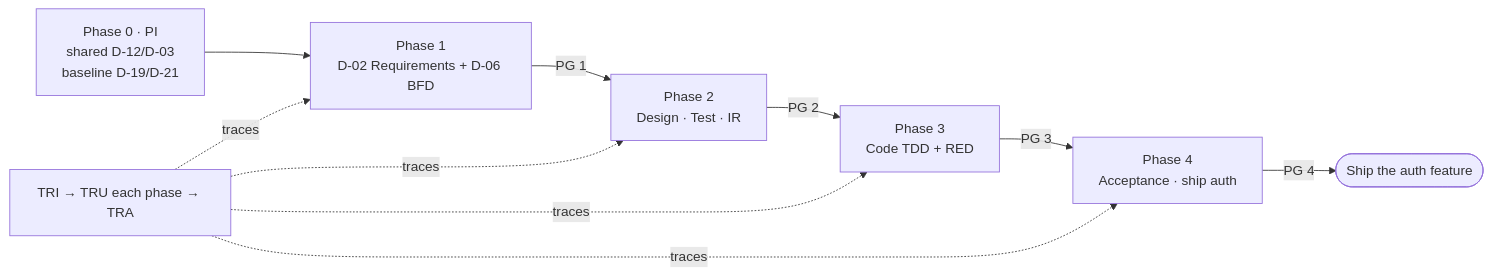
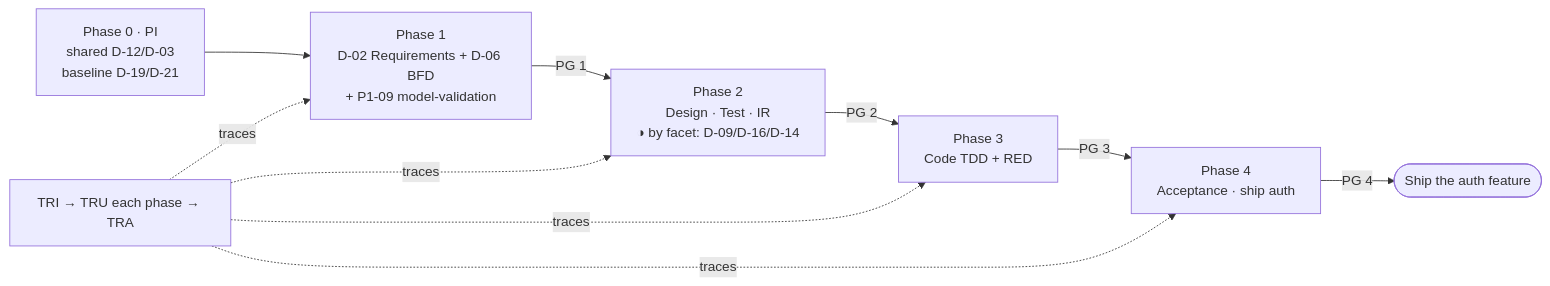
Before and after one commit to hanh9898/waterfall-bmad-method: the second of 2 diagrams in docs/en/tutorials/getting-started-hbc.md, drawn with Mermaid. The commit also changed other lines of this file and 52 other files, not shown here.

````diff
--- a/docs/en/tutorials/getting-started-hbc.md
+++ b/docs/en/tutorials/getting-started-hbc.md
@@ -271,8 +280,8 @@
 ```mermaid
 flowchart LR
     PI["Phase 0 · PI<br/>shared D-12/D-03<br/>baseline D-19/D-21"] --> P1
-    P1["Phase 1<br/>D-02 Requirements + D-06 BFD"] -->|PG 1| P2["Phase 2<br/>Design · Test · IR"]
+    P1["Phase 1<br/>D-02 Requirements + D-06 BFD<br/>+ P1-09 model-validation"] -->|PG 1| P2["Phase 2<br/>Design · Test · IR<br/>◑ by facet: D-09/D-16/D-14"]
     P2 -->|PG 2| P3["Phase 3<br/>Code TDD + RED"] -->|PG 3| P4["Phase 4<br/>Acceptance · ship auth"]
     P4 -->|PG 4| DONE([Ship the auth feature])
     TR["TRI → TRU each phase → TRA"] -.->|traces| P1 & P2 & P3 & P4
 ```
````
